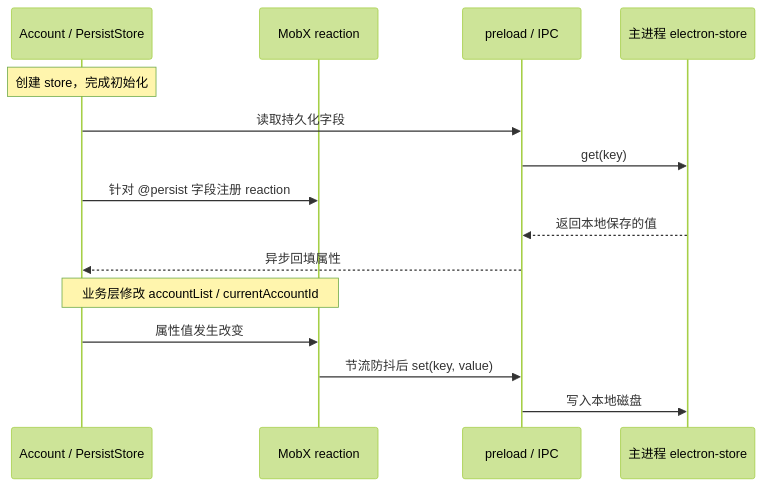
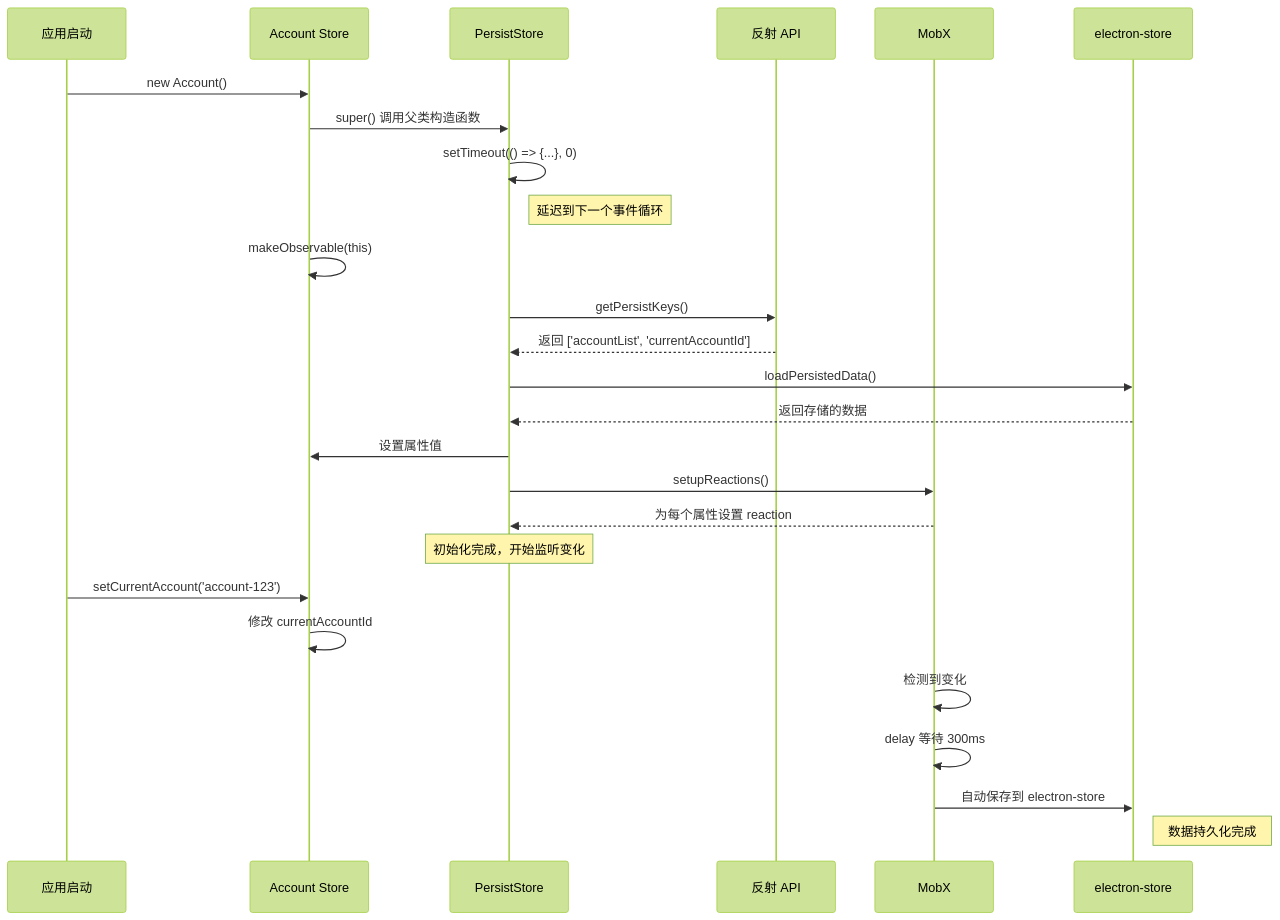
One commit to yyxTheOracle/MyBlog changed the third of 14 diagrams in source/_posts/2025-09-14-electron-tiangong.md. Above: the diagram before and after it, drawn with Mermaid (forest theme). The commit also changed other lines of this file and 6 other files, not shown here.

Commit message:
docs(blog): 更新天工文章图表、关于页排版与搜索记录

````diff
--- a/source/_posts/2025-09-14-electron-tiangong.md
+++ b/source/_posts/2025-09-14-electron-tiangong.md
@@ -142,17 +156,28 @@
 ```mermaid
 sequenceDiagram
-    participant S as Account / PersistStore
-    participant R as MobX reaction
-    participant P as preload / IPC
-    participant D as 主进程 electron-store
-    Note over S: 创建 store，完成初始化
-    S->>P: 读取持久化字段
-    P->>D: get(key)
-    S->>R: 针对 @persist 字段注册 reaction
-    D-->>P: 返回本地保存的值
-    P-->>S: 异步回填属性
-    Note over S,R: 业务层修改 accountList / currentAccountId
-    S->>R: 属性值发生改变
-    R->>P: 节流防抖后 set(key, value)
-    P->>D: 写入本地磁盘
+    participant App as 应用启动
+    participant AS as Account Store
+    participant PS as PersistStore
+    participant Ref as 反射 API
+    participant MobX as MobX
+    participant Store as electron-store
+    App->>AS: new Account()
+    AS->>PS: super() 调用父类构造函数
+    PS->>PS: setTimeout(() => {...}, 0)
+    Note right of PS: 延迟到下一个事件循环
+    AS->>AS: makeObservable(this)
+    PS->>Ref: getPersistKeys()
+    Ref-->>PS: 返回 ['accountList', 'currentAccountId']
+    PS->>Store: loadPersistedData()
+    Store-->>PS: 返回存储的数据
+    PS->>AS: 设置属性值
+    PS->>MobX: setupReactions()
+    MobX-->>PS: 为每个属性设置 reaction
+    Note over PS: 初始化完成，开始监听变化
+    App->>AS: setCurrentAccount('account-123')
+    AS->>AS: 修改 currentAccountId
+    MobX->>MobX: 检测到变化
+    MobX->>MobX: delay 等待 300ms
+    MobX->>Store: 自动保存到 electron-store
+    Note right of Store: 数据持久化完成
 ```
````
